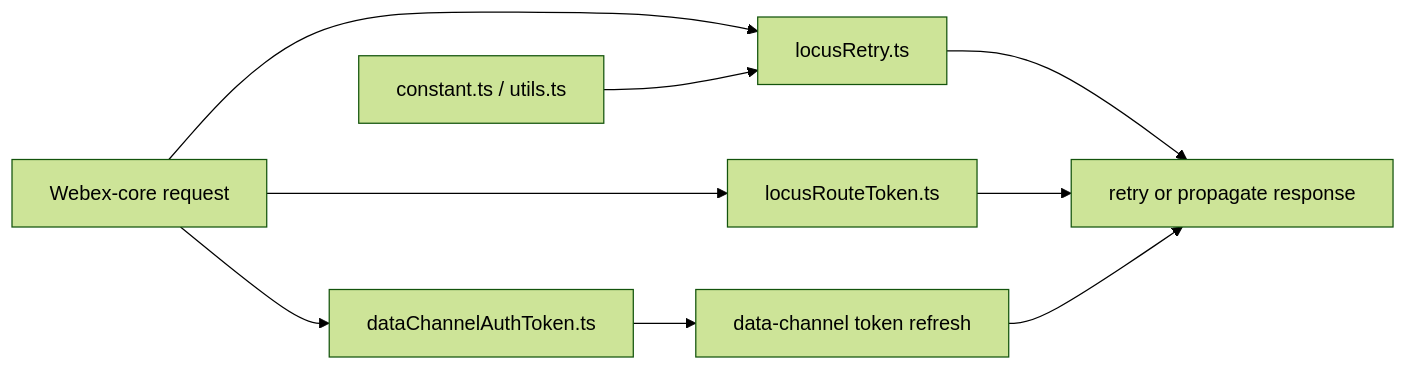
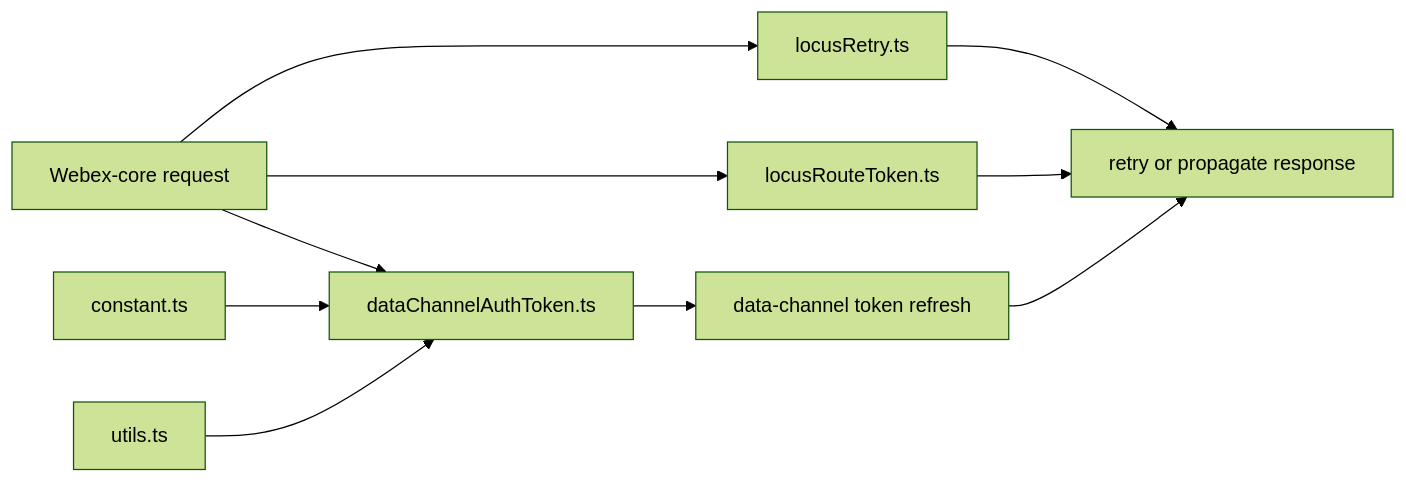
The first of 4 diagrams in packages/@webex/plugin-meetings/src/interceptors/ai-docs/interceptors-spec.md (webex/webex-js-sdk), drawn with Mermaid (forest theme) before and after one commit. The commit also changed other lines of this file and 24 other files, not shown here.

````diff
--- a/packages/@webex/plugin-meetings/src/interceptors/ai-docs/interceptors-spec.md
+++ b/packages/@webex/plugin-meetings/src/interceptors/ai-docs/interceptors-spec.md
@@ -107,11 +109,12 @@
 ```mermaid
 flowchart LR
   Request[Webex-core request] --> Retry[locusRetry.ts]
   Request --> Route[locusRouteToken.ts]
   Request --> Auth[dataChannelAuthToken.ts]
   Retry --> Continue[retry or propagate response]
   Route --> Continue
   Auth --> Refresh[data-channel token refresh]
   Refresh --> Continue
-  Constants[constant.ts / utils.ts] --> Retry
+  Constants[constant.ts] --> Auth
+  Utils[utils.ts] --> Auth
 ```
````
